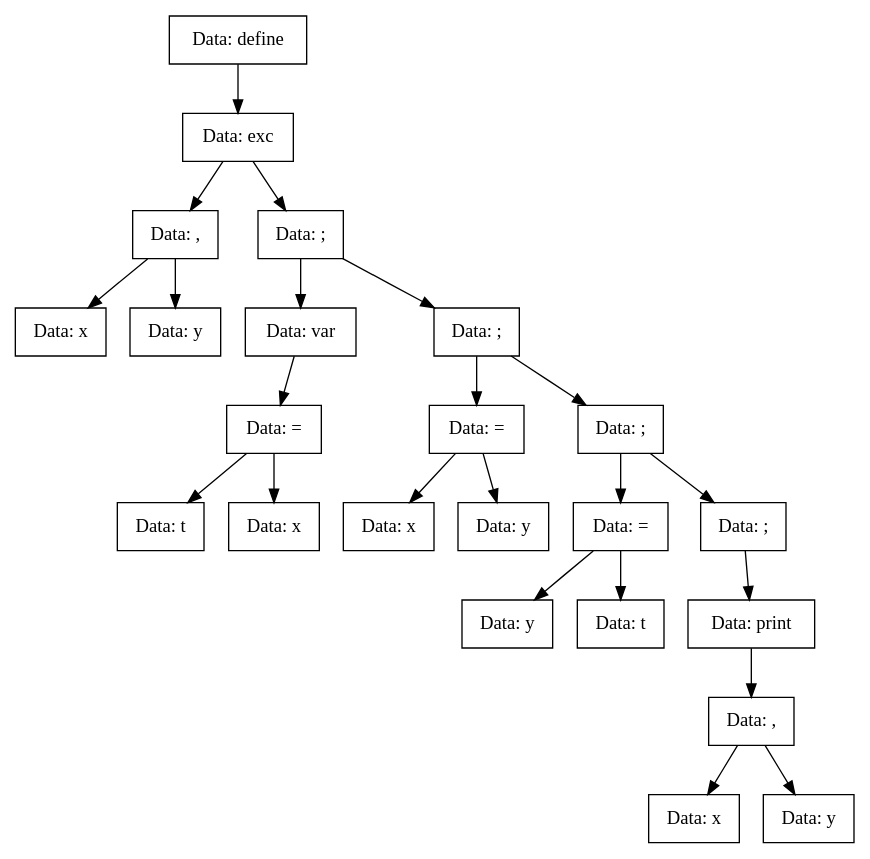
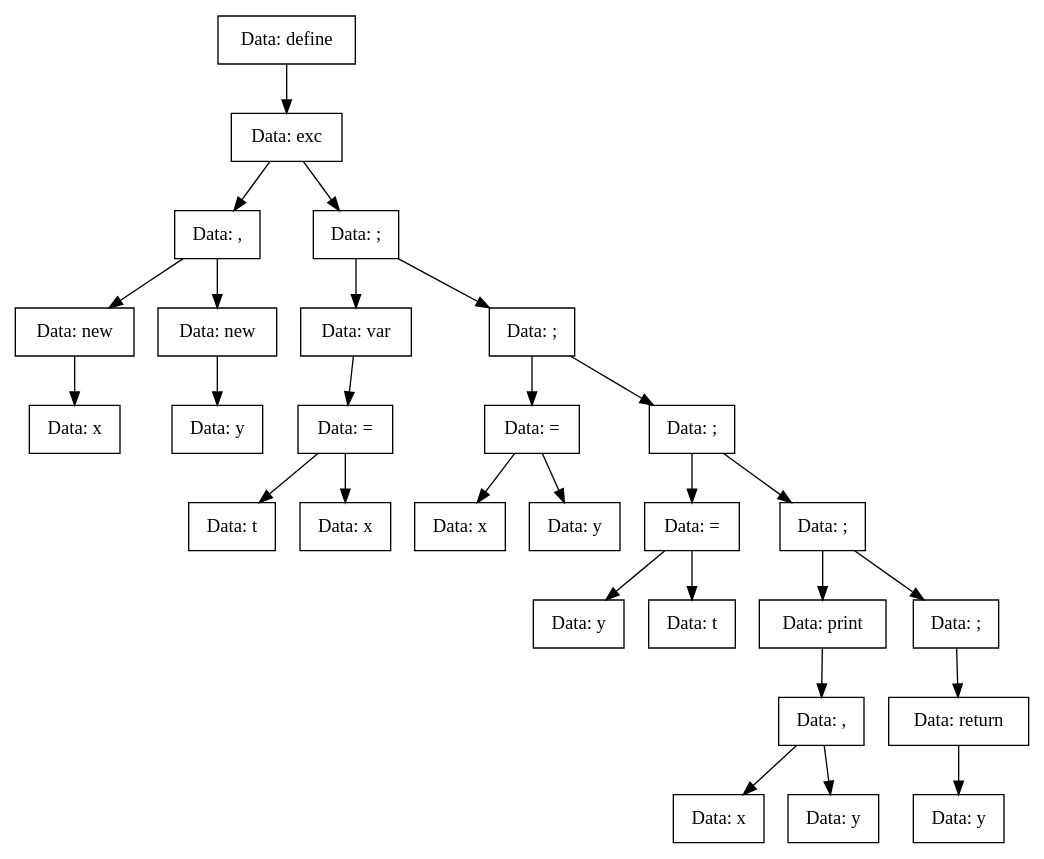
Before and after one commit to vorontsov-amd/Compiller: the diagram in TreeDump/exc-utf8.dot, drawn with Graphviz. The commit also changed 28 other files, not shown here.

```diff
--- a/TreeDump/exc-utf8.dot
+++ b/TreeDump/exc-utf8.dot
@@ -1,47 +1,57 @@
 digraph exc{
-Node0x55b8aed01660[shape="record", label="Data: define"];
-Node0x55b8aed01a70[shape="record", label="Data: exc"];
-Node0x55b8aed01750[shape="record", label="Data: ,"];
-Node0x55b8aed01520[shape="record", label="Data: x"];
-Node0x55b8aed01750->Node0x55b8aed01520;
-Node0x55b8aed01980[shape="record", label="Data: y"];
-Node0x55b8aed01750->Node0x55b8aed01980;
-Node0x55b8aed01a70->Node0x55b8aed01750;
-Node0x55b8aed01610[shape="record", label="Data: ;"];
-Node0x55b8aed015c0[shape="record", label="Data: var"];
-Node0x55b8aed019d0[shape="record", label="Data: ="];
-Node0x55b8aed017f0[shape="record", label="Data: t"];
-Node0x55b8aed019d0->Node0x55b8aed017f0;
-Node0x55b8aed01840[shape="record", label="Data: x"];
-Node0x55b8aed019d0->Node0x55b8aed01840;
-Node0x55b8aed015c0->Node0x55b8aed019d0;
-Node0x55b8aed01610->Node0x55b8aed015c0;
-Node0x55b8aed01ac0[shape="record", label="Data: ;"];
-Node0x55b8aed01890[shape="record", label="Data: ="];
-Node0x55b8aed01b60[shape="record", label="Data: x"];
-Node0x55b8aed01890->Node0x55b8aed01b60;
-Node0x55b8aed016b0[shape="record", label="Data: y"];
-Node0x55b8aed01890->Node0x55b8aed016b0;
-Node0x55b8aed01ac0->Node0x55b8aed01890;
-Node0x55b8aed01700[shape="record", label="Data: ;"];
-Node0x55b8aed02460[shape="record", label="Data: ="];
-Node0x55b8aed017a0[shape="record", label="Data: y"];
-Node0x55b8aed02460->Node0x55b8aed017a0;
-Node0x55b8aed01a20[shape="record", label="Data: t"];
-Node0x55b8aed02460->Node0x55b8aed01a20;
-Node0x55b8aed01700->Node0x55b8aed02460;
-Node0x55b8aed014d0[shape="record", label="Data: ;"];
-Node0x55b8aed01930[shape="record", label="Data: print"];
-Node0x55b8aed01b10[shape="record", label="Data: ,"];
-Node0x55b8aed018e0[shape="record", label="Data: x"];
-Node0x55b8aed01b10->Node0x55b8aed018e0;
-Node0x55b8aed01570[shape="record", label="Data: y"];
-Node0x55b8aed01b10->Node0x55b8aed01570;
-Node0x55b8aed01930->Node0x55b8aed01b10;
-Node0x55b8aed014d0->Node0x55b8aed01930;
-Node0x55b8aed01700->Node0x55b8aed014d0;
-Node0x55b8aed01ac0->Node0x55b8aed01700;
-Node0x55b8aed01610->Node0x55b8aed01ac0;
-Node0x55b8aed01a70->Node0x55b8aed01610;
-Node0x55b8aed01660->Node0x55b8aed01a70;
+Node0x5641e3ba17f0[shape="record", label="Data: define"];
+Node0x5641e3ba1c50[shape="record", label="Data: exc"];
+Node0x5641e3ba1cf0[shape="record", label="Data: ,"];
+Node0x5641e3ba19d0[shape="record", label="Data: new"];
+Node0x5641e3ba1980[shape="record", label="Data: x"];
+Node0x5641e3ba19d0->Node0x5641e3ba1980;
+Node0x5641e3ba1cf0->Node0x5641e3ba19d0;
+Node0x5641e3ba18e0[shape="record", label="Data: new"];
+Node0x5641e3ba1930[shape="record", label="Data: y"];
+Node0x5641e3ba18e0->Node0x5641e3ba1930;
+Node0x5641e3ba1cf0->Node0x5641e3ba18e0;
+Node0x5641e3ba1c50->Node0x5641e3ba1cf0;
+Node0x5641e3ba1ca0[shape="record", label="Data: ;"];
+Node0x5641e3ba2980[shape="record", label="Data: var"];
+Node0x5641e3ba2930[shape="record", label="Data: ="];
+Node0x5641e3ba1a70[shape="record", label="Data: t"];
+Node0x5641e3ba2930->Node0x5641e3ba1a70;
+Node0x5641e3ba1b60[shape="record", label="Data: x"];
+Node0x5641e3ba2930->Node0x5641e3ba1b60;
+Node0x5641e3ba2980->Node0x5641e3ba2930;
+Node0x5641e3ba1ca0->Node0x5641e3ba2980;
+Node0x5641e3ba1ac0[shape="record", label="Data: ;"];
+Node0x5641e3ba1e30[shape="record", label="Data: ="];
+Node0x5641e3ba1a20[shape="record", label="Data: x"];
+Node0x5641e3ba1e30->Node0x5641e3ba1a20;
+Node0x5641e3ba29d0[shape="record", label="Data: y"];
+Node0x5641e3ba1e30->Node0x5641e3ba29d0;
+Node0x5641e3ba1ac0->Node0x5641e3ba1e30;
+Node0x5641e3ba1d90[shape="record", label="Data: ;"];
+Node0x5641e3ba1840[shape="record", label="Data: ="];
+Node0x5641e3ba1d40[shape="record", label="Data: y"];
+Node0x5641e3ba1840->Node0x5641e3ba1d40;
+Node0x5641e3ba1c00[shape="record", label="Data: t"];
+Node0x5641e3ba1840->Node0x5641e3ba1c00;
+Node0x5641e3ba1d90->Node0x5641e3ba1840;
+Node0x5641e3ba28e0[shape="record", label="Data: ;"];
+Node0x5641e3ba1ed0[shape="record", label="Data: print"];
+Node0x5641e3ba1b10[shape="record", label="Data: ,"];
+Node0x5641e3ba1de0[shape="record", label="Data: x"];
+Node0x5641e3ba1b10->Node0x5641e3ba1de0;
+Node0x5641e3ba1f20[shape="record", label="Data: y"];
+Node0x5641e3ba1b10->Node0x5641e3ba1f20;
+Node0x5641e3ba1ed0->Node0x5641e3ba1b10;
+Node0x5641e3ba28e0->Node0x5641e3ba1ed0;
+Node0x5641e3ba1890[shape="record", label="Data: ;"];
+Node0x5641e3ba1bb0[shape="record", label="Data: return"];
+Node0x5641e3ba1e80[shape="record", label="Data: y"];
+Node0x5641e3ba1bb0->Node0x5641e3ba1e80;
+Node0x5641e3ba1890->Node0x5641e3ba1bb0;
+Node0x5641e3ba28e0->Node0x5641e3ba1890;
+Node0x5641e3ba1d90->Node0x5641e3ba28e0;
+Node0x5641e3ba1ac0->Node0x5641e3ba1d90;
+Node0x5641e3ba1ca0->Node0x5641e3ba1ac0;
+Node0x5641e3ba1c50->Node0x5641e3ba1ca0;
+Node0x5641e3ba17f0->Node0x5641e3ba1c50;
 }
```
